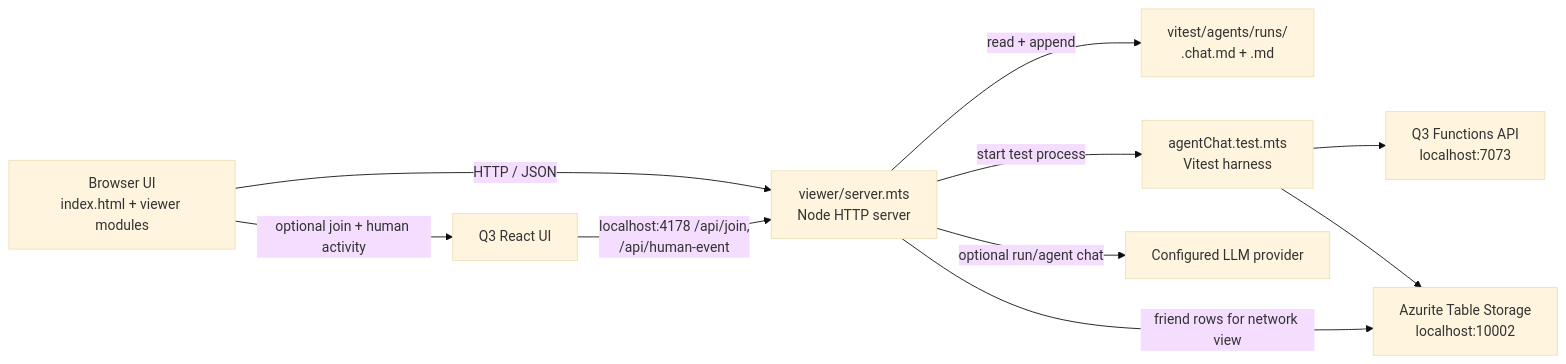
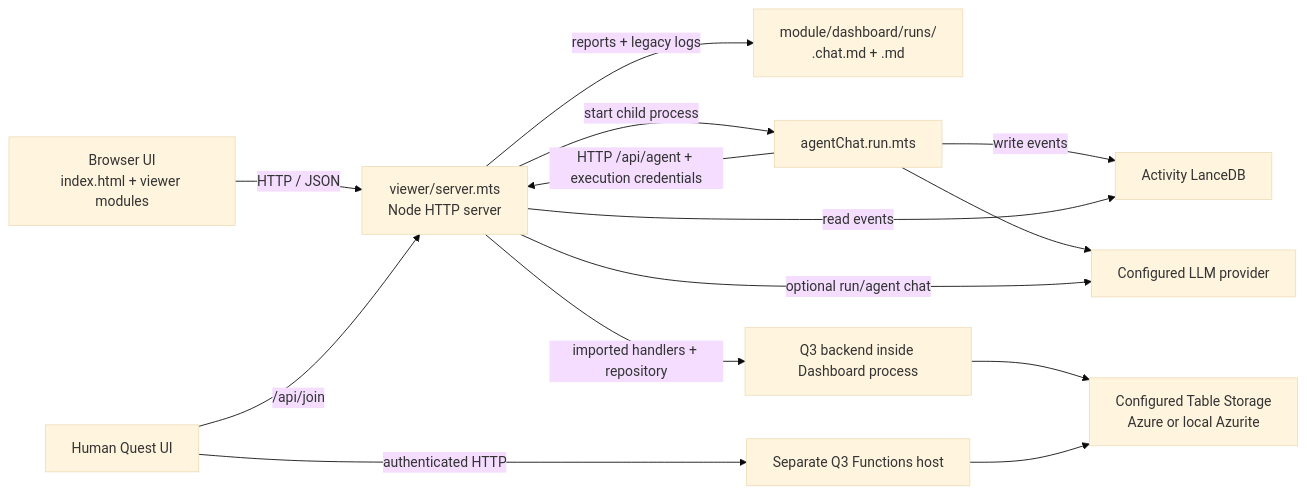
Before and after one commit to ZenMe-AU/ZBApp: the diagram in module/dashboard/viewer/architecture-overview.md, drawn with Mermaid (base theme). The commit also changed other lines of this file and 7 other files, not shown here.

````diff
--- a/module/dashboard/viewer/architecture-overview.md
+++ b/module/dashboard/viewer/architecture-overview.md
@@ -11,12 +11,16 @@
 ```mermaid
 flowchart LR
   Browser["Browser UI<br/>index.html + viewer modules"] -->|"HTTP / JSON"| Server["viewer/server.mts<br/>Node HTTP server"]
-  Server -->|"read + append"| Runs["vitest/agents/runs/<br/>.chat.md + .md"]
-  Server -->|"start test process"| Harness["agentChat.test.mts<br/>Vitest harness"]
-  Harness --> API["Q3 Functions API<br/>localhost:7073"]
-  Harness --> Storage["Azurite Table Storage<br/>localhost:10002"]
-  Server -->|"friend rows for network view"| Storage
-  Browser -->|"optional join + human activity"| Q3UI["Q3 React UI"]
-  Q3UI -->|"localhost:4178 /api/join,<br/>/api/human-event"| Server
+  Server -->|"reports + legacy logs"| Runs["module/dashboard/runs/<br/>.chat.md + .md"]
+  Server -->|"start child process"| Harness["agentChat.run.mts"]
+  Harness -->|"HTTP /api/agent + execution credentials"| Server
+  Server -->|"imported handlers + repository"| Quest["Q3 backend inside Dashboard process"]
+  Quest --> Storage["Configured Table Storage<br/>Azure or local Azurite"]
+  Harness -->|"write events"| Activity["Activity LanceDB"]
+  Server -->|"read events"| Activity
+  Q3UI["Human Quest UI"] -->|"/api/join"| Server
+  Q3UI -->|"authenticated HTTP"| API["Separate Q3 Functions host"]
+  API --> Storage
+  Harness --> LLM["Configured LLM provider"]
   Server -->|"optional run/agent chat"| LLM["Configured LLM provider"]
 ```
````
